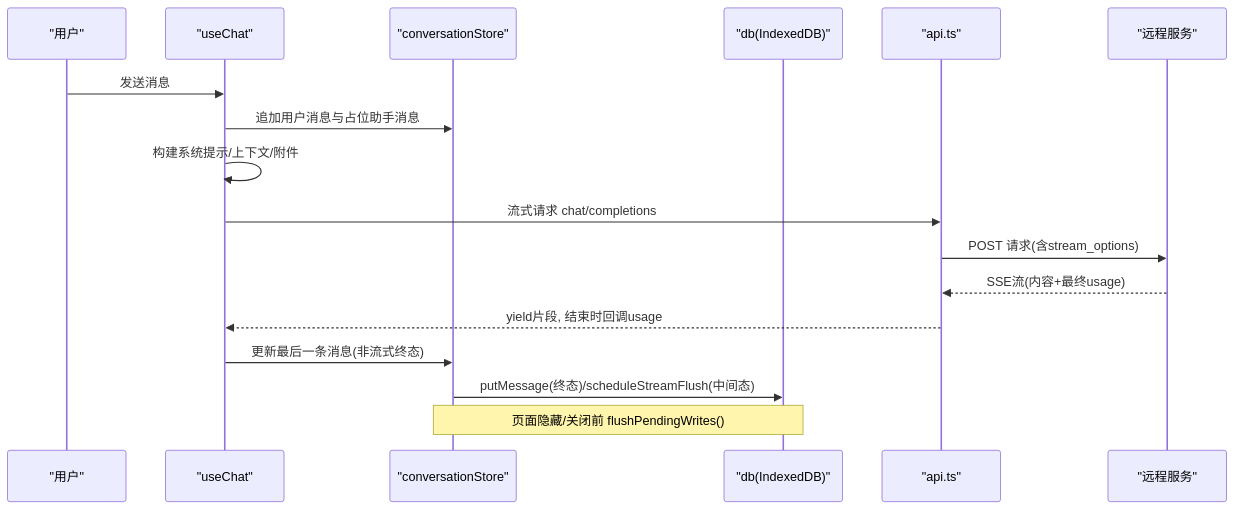
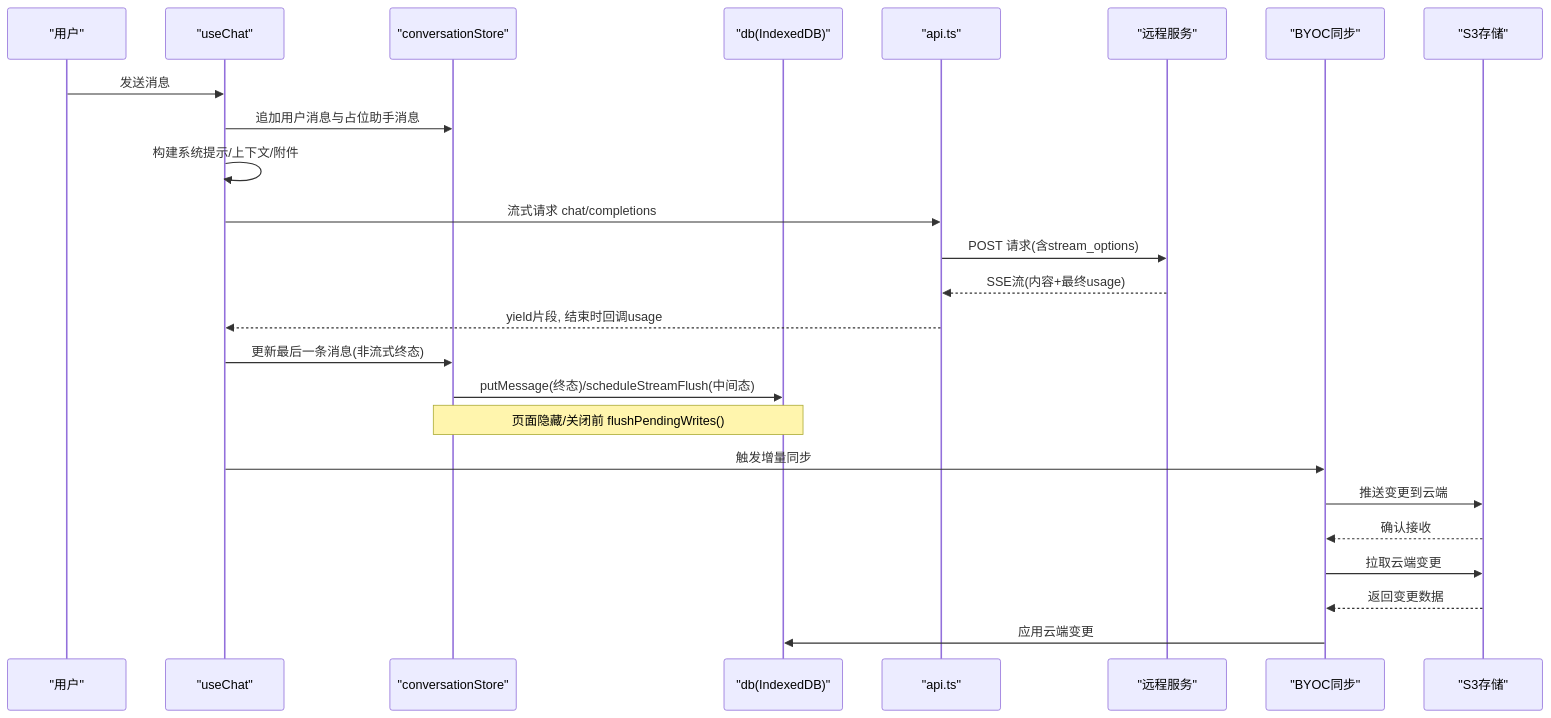
Before and after one commit to billye220670/AIShop: the second of 6 diagrams in .qoder/repowiki/zh/content/架构设计/数据流设计/数据同步机制.md, drawn with Mermaid. The commit also changed other lines of this file and 42 other files, not shown here.

````diff
--- a/.qoder/repowiki/zh/content/架构设计/数据流设计/数据同步机制.md
+++ b/.qoder/repowiki/zh/content/架构设计/数据流设计/数据同步机制.md
@@ -87,19 +125,27 @@
 ```mermaid
 sequenceDiagram
 participant U as "用户"
 participant H as "useChat"
 participant S as "conversationStore"
 participant D as "db(IndexedDB)"
 participant A as "api.ts"
 participant R as "远程服务"
+participant B as "BYOC同步"
+participant C as "S3存储"
 U->>H : 发送消息
 H->>S : 追加用户消息与占位助手消息
 H->>H : 构建系统提示/上下文/附件
 H->>A : 流式请求 chat/completions
 A->>R : POST 请求(含stream_options)
 R-->>A : SSE流(内容+最终usage)
 A-->>H : yield片段, 结束时回调usage
 H->>S : 更新最后一条消息(非流式终态)
 S->>D : putMessage(终态)/scheduleStreamFlush(中间态)
 Note over S,D : 页面隐藏/关闭前 flushPendingWrites()
+H->>B : 触发增量同步
+B->>C : 推送变更到云端
+C-->>B : 确认接收
+B->>C : 拉取云端变更
+C-->>B : 返回变更数据
+B->>D : 应用云端变更
 ```
````
